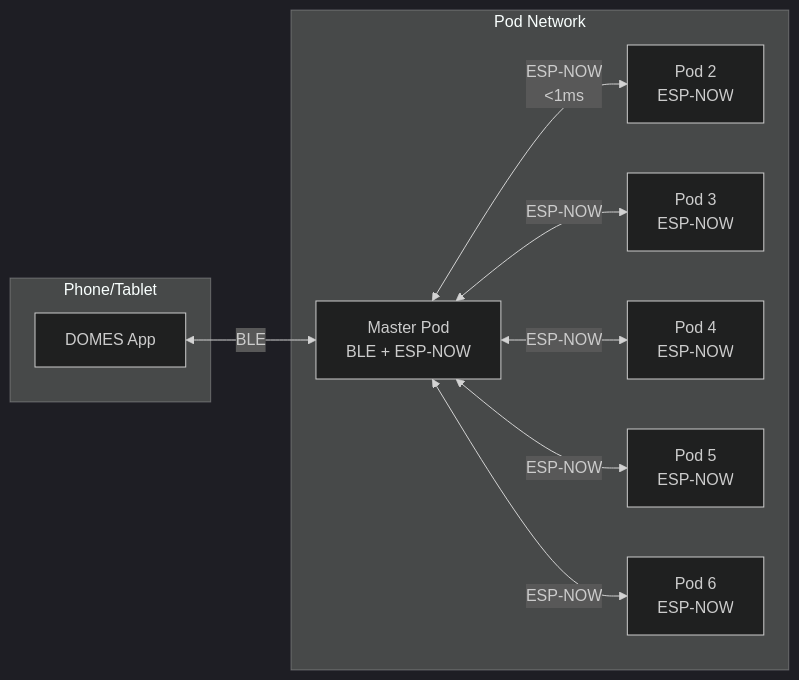
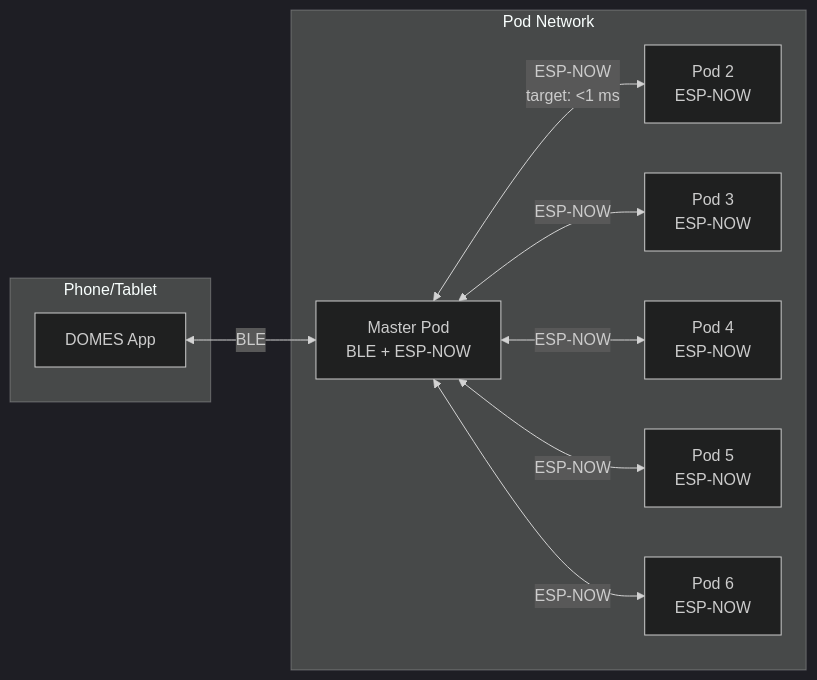
One commit to pcesar22/domes changed the second of 7 diagrams in research/SYSTEM_ARCHITECTURE.md. Above: the diagram before and after it, drawn with Mermaid (dark theme). The commit also changed other lines of this file and 289 other files, not shown here.

````diff
--- a/research/SYSTEM_ARCHITECTURE.md
+++ b/research/SYSTEM_ARCHITECTURE.md
@@ -128,22 +131,22 @@
 ```mermaid
 graph LR
     subgraph "Phone/Tablet"
         APP[DOMES App]
     end
 
     subgraph "Pod Network"
         MASTER[Master Pod<br/>BLE + ESP-NOW]
         POD2[Pod 2<br/>ESP-NOW]
         POD3[Pod 3<br/>ESP-NOW]
         POD4[Pod 4<br/>ESP-NOW]
         POD5[Pod 5<br/>ESP-NOW]
         POD6[Pod 6<br/>ESP-NOW]
     end
 
     APP <-->|BLE| MASTER
-    MASTER <-->|ESP-NOW<br/><1ms| POD2
+    MASTER <-->|ESP-NOW<br/>target: &lt;1 ms| POD2
     MASTER <-->|ESP-NOW| POD3
     MASTER <-->|ESP-NOW| POD4
     MASTER <-->|ESP-NOW| POD5
     MASTER <-->|ESP-NOW| POD6
 ```
````
